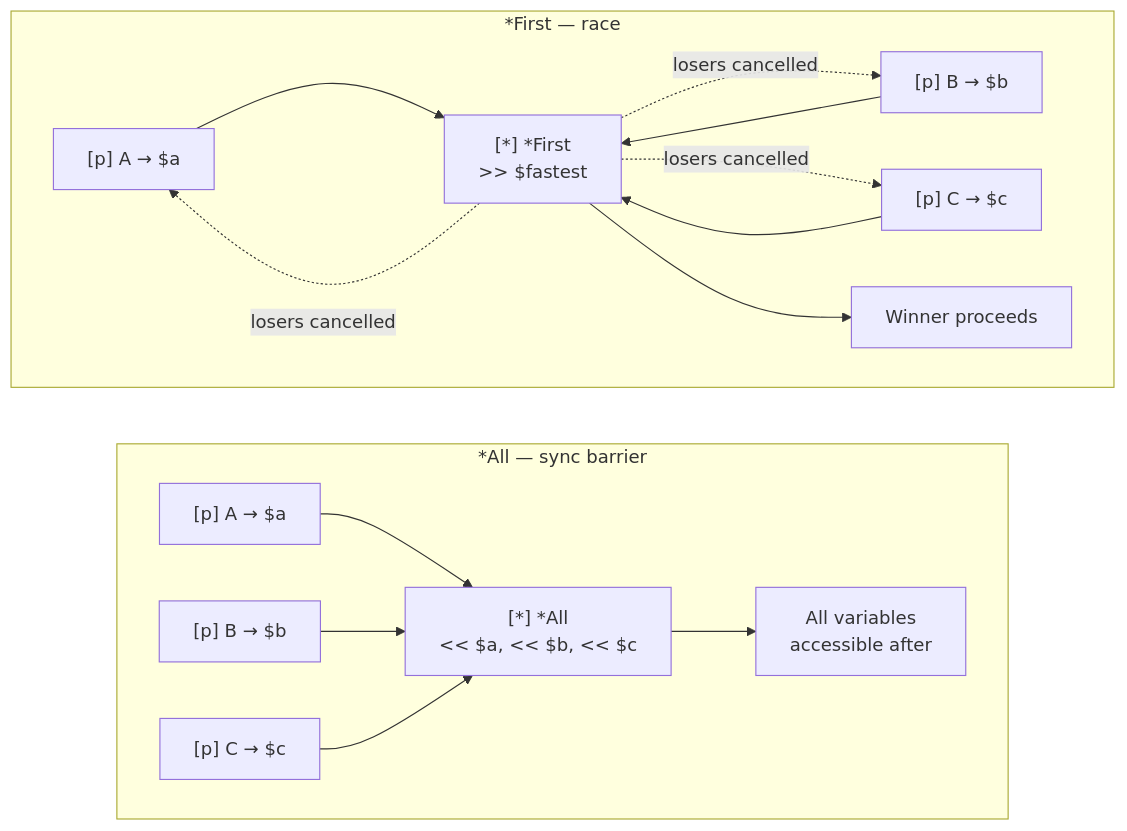
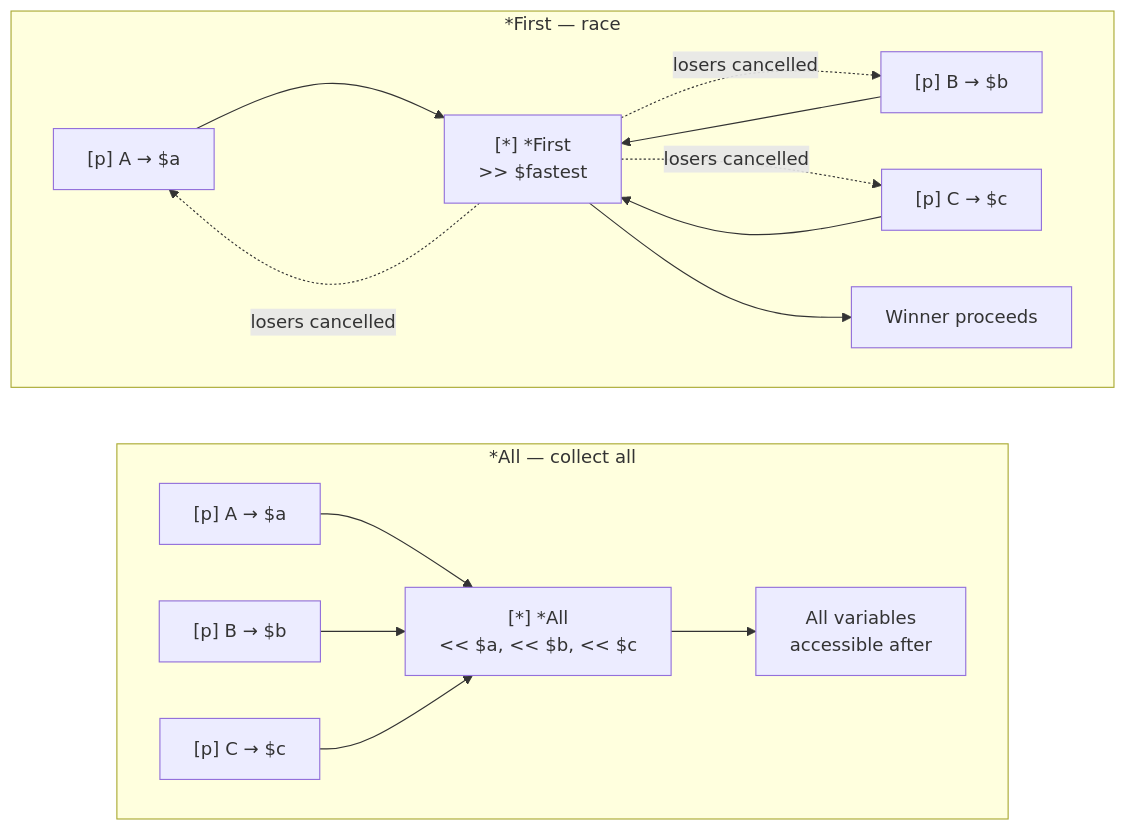
One commit to hasan-alj88/Polyglot changed the second of 2 diagrams in docs/user/concepts/collections/collect.md. Above: the diagram before and after it, drawn with Mermaid. The commit also changed other lines of this file and 15 other files, not shown here.

First line of the commit message:
docs: Replace 'sync barrier' with 'collect-all' for *All operator — #125

````diff
--- a/docs/user/concepts/collections/collect.md
+++ b/docs/user/concepts/collections/collect.md
@@ -68,33 +68,33 @@
 ```mermaid
 flowchart LR
-    subgraph sync ["*All — sync barrier"]
+    subgraph sync ["*All — collect all"]
         direction LR
         PA["[p] A → $a"]
         PB["[p] B → $b"]
         PC["[p] C → $c"]
         ALL["[*] *All\n<< $a, << $b, << $c"]
         AFTER["All variables\naccessible after"]
 
         PA --> ALL
         PB --> ALL
         PC --> ALL
         ALL --> AFTER
     end
 
     subgraph race ["*First — race"]
         direction LR
         RA["[p] A → $a"]
         RB["[p] B → $b"]
         RC["[p] C → $c"]
         FIRST["[*] *First\n>> $fastest"]
         WIN["Winner proceeds"]
 
         RA --> FIRST
         RB --> FIRST
         RC --> FIRST
         FIRST --> WIN
         FIRST -.->|losers cancelled| RA
         FIRST -.->|losers cancelled| RB
         FIRST -.->|losers cancelled| RC
     end
 ```
````
